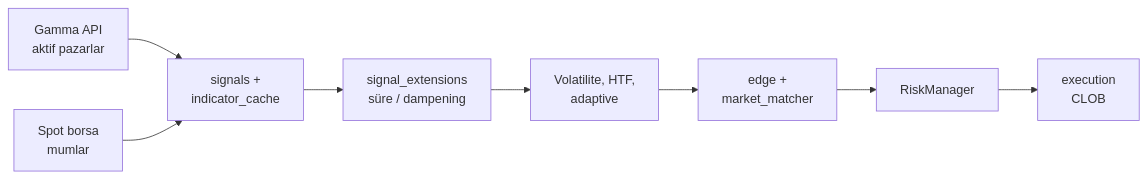
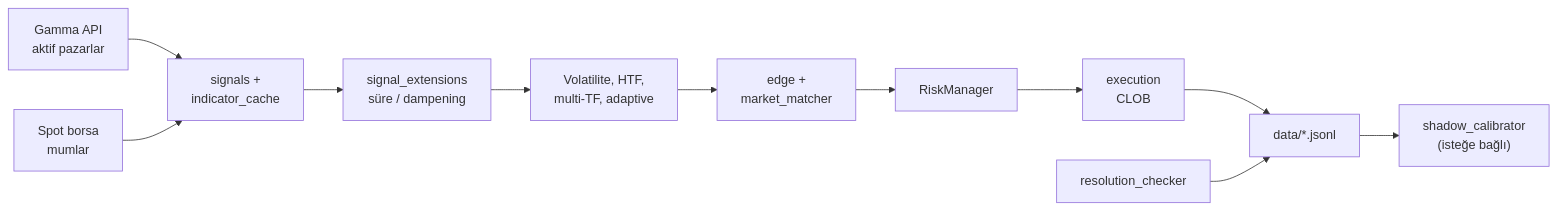
The diagram in README.md (yigitcetin/llm_bot), drawn with Mermaid before and after one commit. The commit also changed other lines of this file, not shown here.

````diff
--- a/README.md
+++ b/README.md
@@ -7,19 +54,25 @@
 ```mermaid
 flowchart LR
   Gamma["Gamma API\naktif pazarlar"]
   Spot["Spot borsa\nmumlar"]
   Sig["signals +\nindicator_cache"]
   Ext["signal_extensions\nsüre / dampening"]
-  Filt["Volatilite, HTF,\nadaptive"]
+  Filt["Volatilite, HTF,\nmulti-TF, adaptive"]
   Edge["edge +\nmarket_matcher"]
   Risk["RiskManager"]
   Exec["execution\nCLOB"]
+  Res["resolution_checker"]
+  Data["data/*.jsonl"]
+  Cal["shadow_calibrator\n(isteğe bağlı)"]
 
   Gamma --> Sig
   Spot --> Sig
   Sig --> Ext
   Ext --> Filt
   Filt --> Edge
   Edge --> Risk
   Risk --> Exec
+  Exec --> Data
+  Res --> Data
+  Data --> Cal
 ```
````
